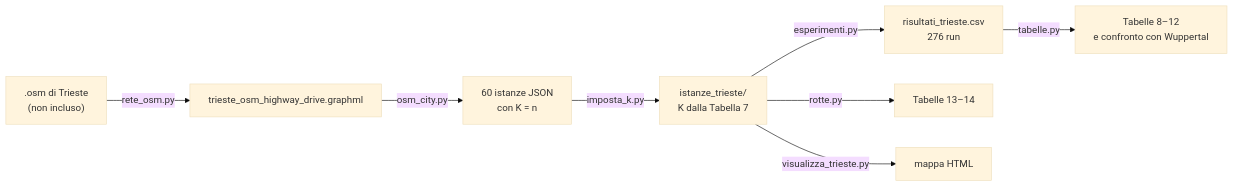
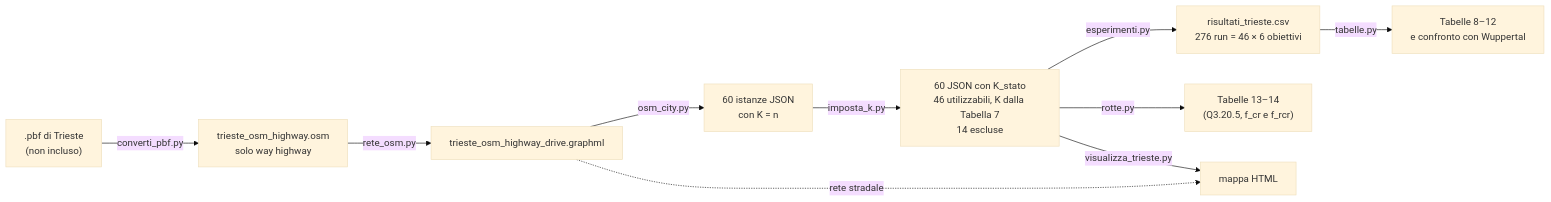
One commit to Giovnn/MathOpti2026 changed the diagram in README.md. Above: the diagram before and after it, drawn with Mermaid (base theme).

Commit message:
Update README.md
corretto diagramma mermaid

````diff
--- a/README.md
+++ b/README.md
@@ -218,10 +218,12 @@
 ```mermaid
 flowchart LR
-    A[".osm di Trieste<br/>(non incluso)"] -->|rete_osm.py| B["trieste_osm_highway_drive.graphml"]
+    A[".pbf di Trieste<br/>(non incluso)"] -->|converti_pbf.py| O["trieste_osm_highway.osm<br/>solo way highway"]
+    O -->|rete_osm.py| B["trieste_osm_highway_drive.graphml"]
     B -->|osm_city.py| C["60 istanze JSON<br/>con K = n"]
-    C -->|imposta_k.py| D["istanze_trieste/<br/>K dalla Tabella 7"]
-    D -->|esperimenti.py| E["risultati_trieste.csv<br/>276 run"]
+    C -->|imposta_k.py| D["60 JSON con K_stato<br/>46 utilizzabili, K dalla Tabella 7<br/>14 escluse"]
+    D -->|esperimenti.py| E["risultati_trieste.csv<br/>276 run = 46 × 6 obiettivi"]
     E -->|tabelle.py| F["Tabelle 8–12<br/>e confronto con Wuppertal"]
-    D -->|rotte.py| G["Tabelle 13–14"]
+    D -->|rotte.py| G["Tabelle 13–14<br/>(Q3.20.5, f_cr e f_rcr)"]
     D -->|visualizza_trieste.py| H["mappa HTML"]
+    B -.->|rete stradale| H
 ```
````
